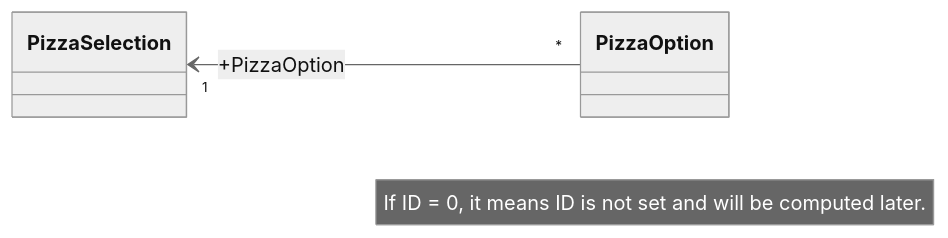
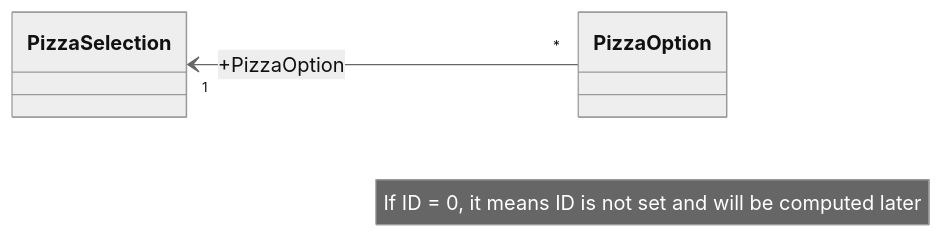
The diagram in README.md (ekral/Utb.PizzaKiosk), drawn with Mermaid (neutral theme) before and after one commit.

````diff
--- a/README.md
+++ b/README.md
@@ -162,6 +162,6 @@
 ```mermaid
  classDiagram
-   note "If ID = 0, it means ID is not set and will be computed later."
+   note "If ID = 0, it means ID is not set and will be computed later"
    direction RL
    PizzaOption "*" --> "1" PizzaSelection : +PizzaOption
 ```
````
